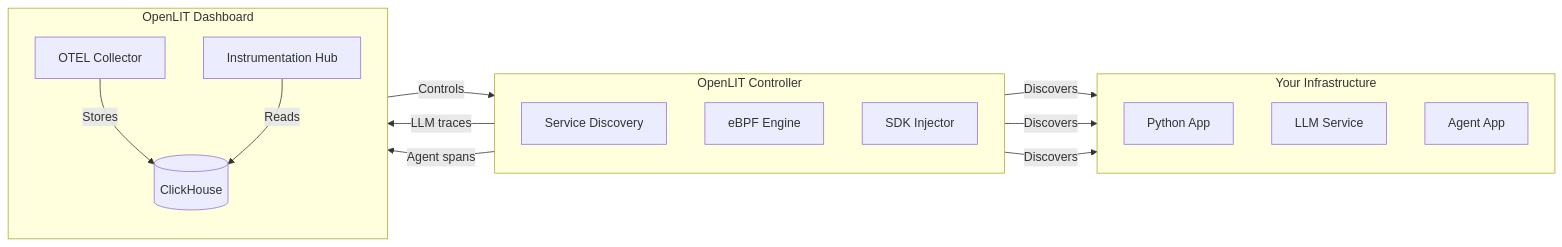
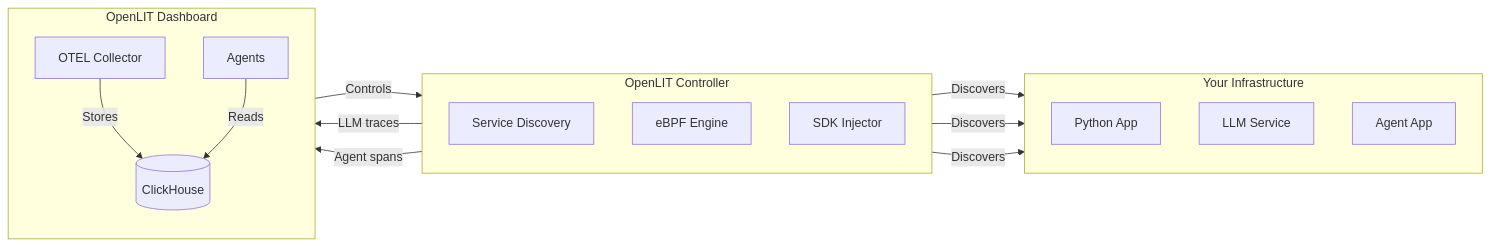
The diagram in docs/latest/controller/overview.mdx (openlit/openlit), drawn with Mermaid before and after one commit. The commit also changed other lines of this file and 9 other files, not shown here.

````diff
--- a/docs/latest/controller/overview.mdx
+++ b/docs/latest/controller/overview.mdx
@@ -63,32 +63,32 @@
 ```mermaid
 flowchart LR
     subgraph "Your Infrastructure"
         direction TB
         App1[Python App] 
         App2[LLM Service]
         App3[Agent App]
     end
 
     subgraph "OpenLIT Controller"
         direction TB
         Scanner[Service Discovery]
         OBI[eBPF Engine]
         SDK[SDK Injector]
     end
 
     subgraph "OpenLIT Dashboard"
         direction TB
-        UI[Instrumentation Hub]
+        UI[Agents]
         CH[(ClickHouse)]
         OTEL[OTEL Collector]
     end
 
     Scanner -->|Discovers| App1
     Scanner -->|Discovers| App2
     Scanner -->|Discovers| App3
     OBI -->|LLM traces| OTEL
     SDK -->|Agent spans| OTEL
     OTEL -->|Stores| CH
     UI -->|Reads| CH
     UI -->|Controls| Scanner
 ```
````
